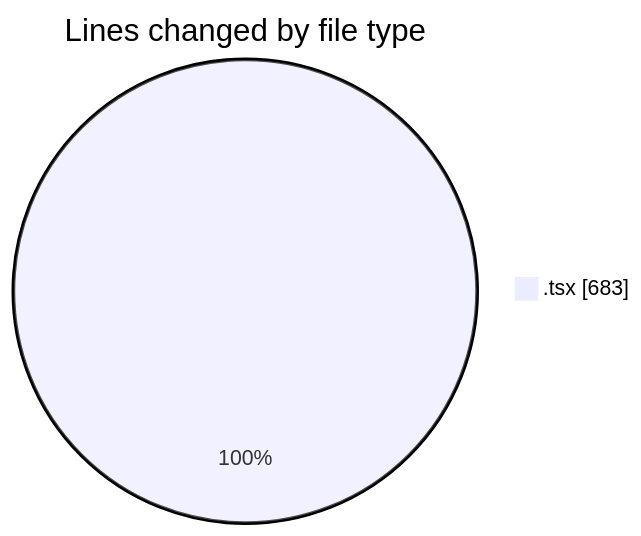
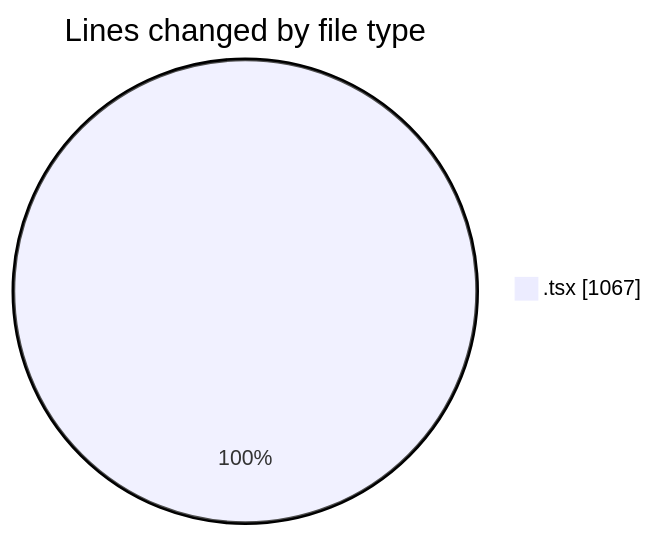
Before and after one commit to nxtqubesakshisongat/code-tracking: the first of 2 diagrams in 2026-02-02/nxtqube_webapp/README.md, drawn with Mermaid. The commit also changed other lines of this file and 1 other file, not shown here.

````diff
--- a/2026-02-02/nxtqube_webapp/README.md
+++ b/2026-02-02/nxtqube_webapp/README.md
@@ -21,5 +22,5 @@
 ```mermaid
 pie showData
 title Lines changed by file type
-".tsx" : 683
+".tsx" : 1067
 ```
````
